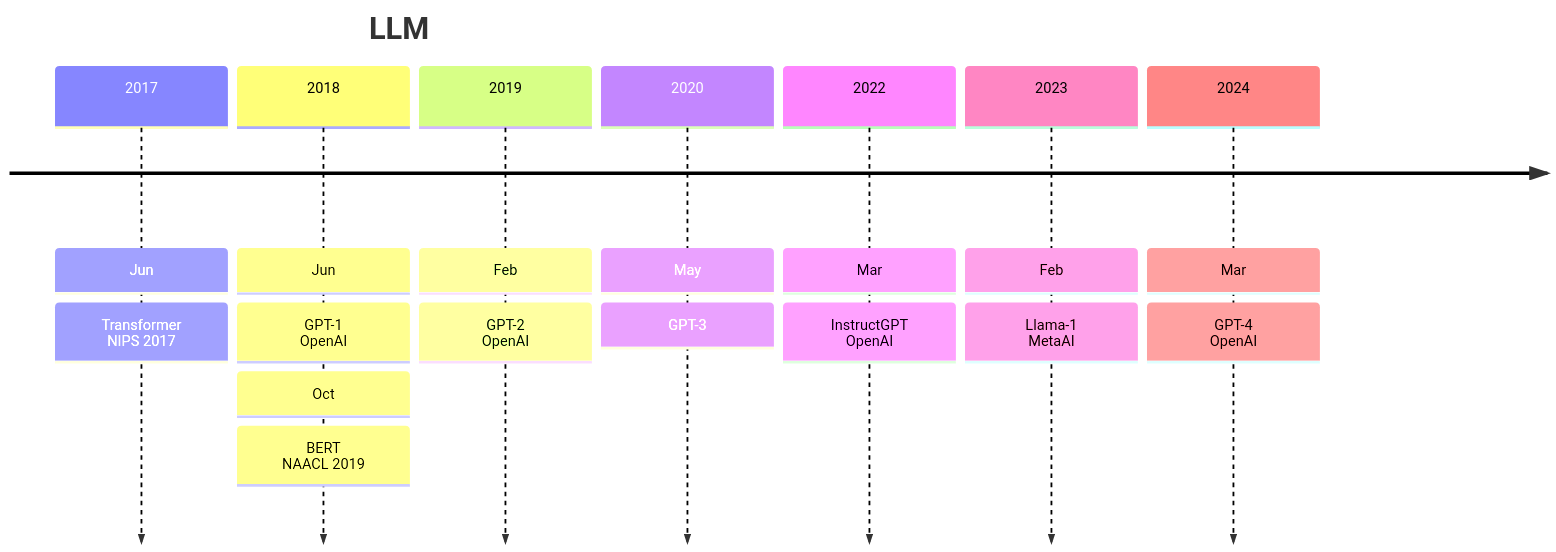
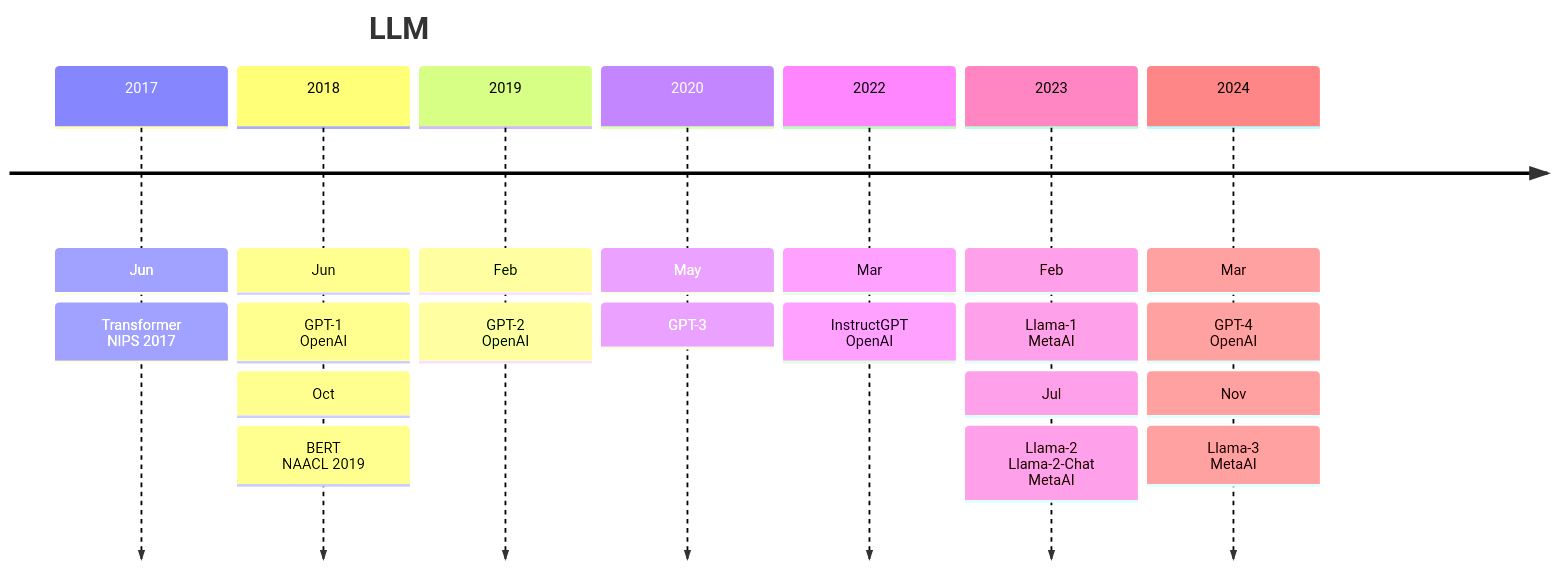
One commit to Elephant-King9/Paper changed the first of 4 diagrams in Base_Model/LLM/analyse.md. Above: the diagram before and after it, drawn with Mermaid. The commit also changed other lines of this file and 4 other files, not shown here.

Commit message:
update_Llama 2: Open Foundation and Fine-Tuned Chat Models

````diff
--- a/Base_Model/LLM/analyse.md
+++ b/Base_Model/LLM/analyse.md
@@ -5,20 +5,24 @@
 ```mermaid
 timeline
     title LLM
     2017 : Jun
     		 : Transformer<br>NIPS 2017
     2018 : Jun
     		 : GPT-1<br>OpenAI
     		 : Oct
     		 : BERT<br>NAACL 2019
     2019 : Feb
     		 : GPT-2<br>OpenAI
     2020 : May
     		 : GPT-3
     2022 : Mar
     		 : InstructGPT<br>OpenAI
     2023 : Feb
     		 : Llama-1<br>MetaAI
+    		 : Jul
+    		 : Llama-2<br>Llama-2-Chat<br>MetaAI
     2024 : Mar
     		 : GPT-4<br>OpenAI
+    		 : Nov
+    		 : Llama-3<br>MetaAI
 ```
````
